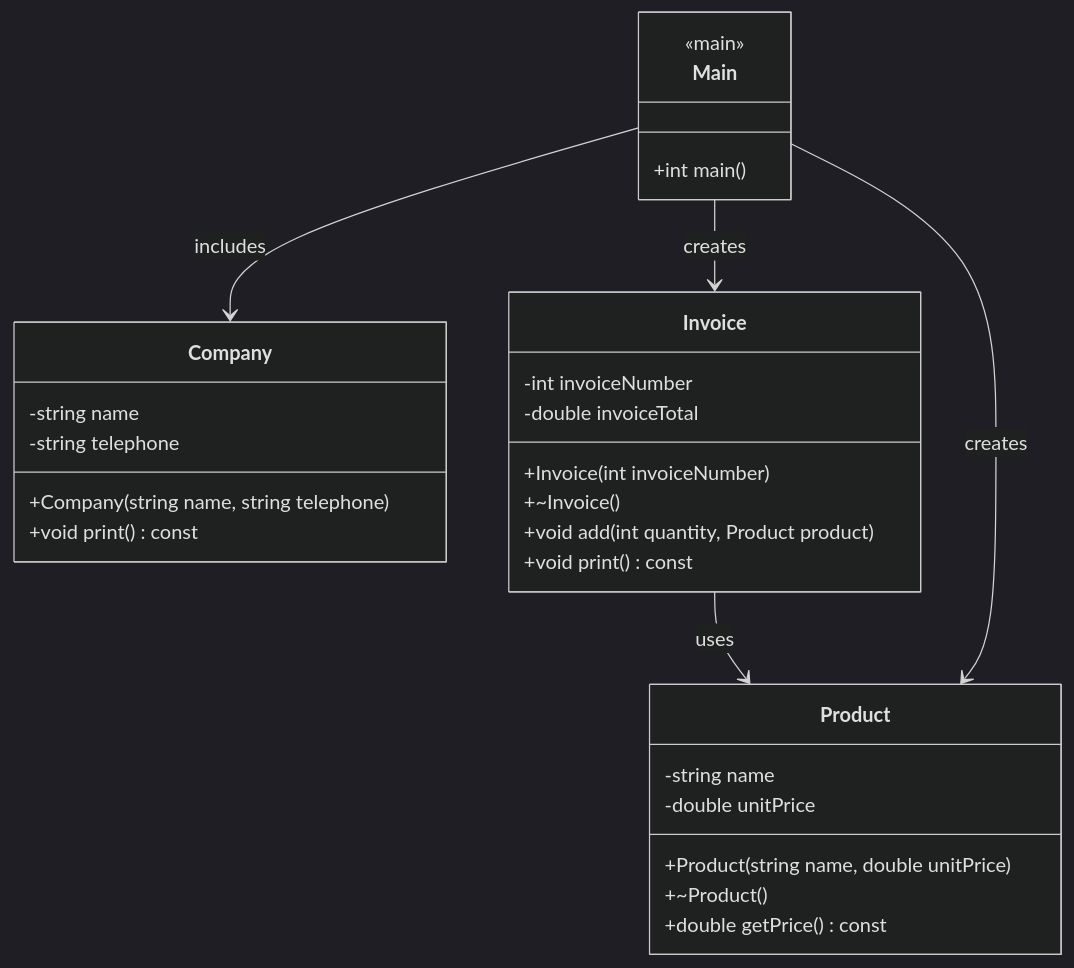
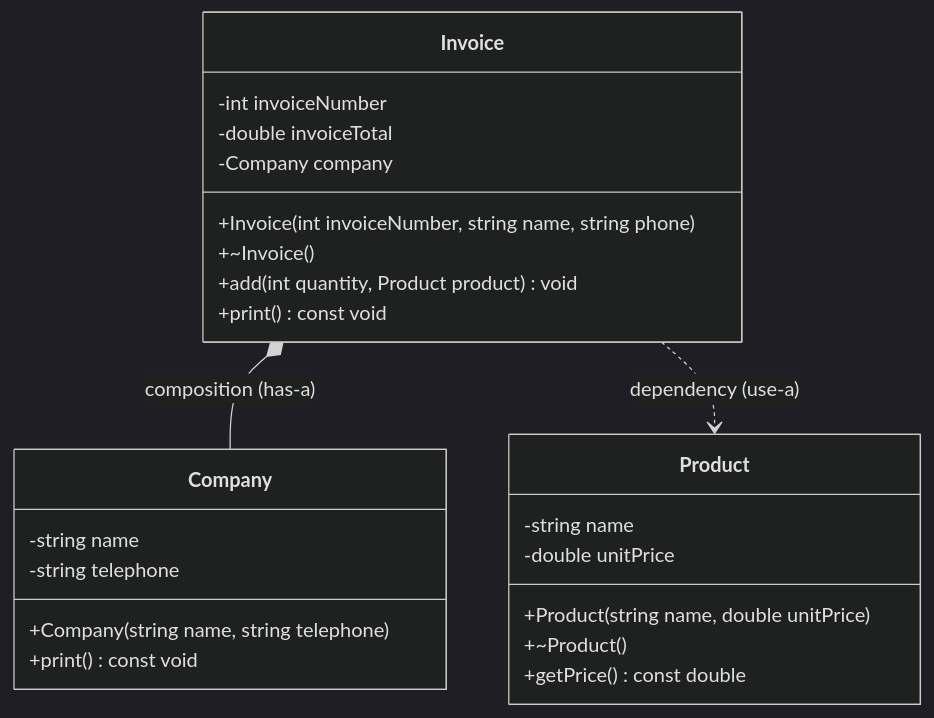
Before and after one commit to Moontaehyeon01/cpp02: the diagram in README.md, drawn with Mermaid (dark theme).

Commit message:
modified README.md v0.3

````diff
--- a/README.md
+++ b/README.md
@@ -1,73 +2,61 @@
 ```mermaid
-%%2025년도 2학기 c++ 프로그래밍 수업 원격 리포지토리
+
+%%2025년도 2학기 C++ 프로그래밍 수업 원격 리포지토리
 
 
 
 classDiagram
 
-   class Company {
+    class Company {
 
-       -string name
+        -string name
 
-       -string telephone
+        -string telephone
 
-       +Company(string name, string telephone)
+        +Company(string name, string telephone)
 
-       +void print() const
+        +print() const void
 
-   }
-
-   
-
-   class Product {
-
-       -string name
-
-       -double unitPrice
-
-       +Product(string name, double unitPrice)
-
-       +~Product()
-
-      +double getPrice() const
-
-   }
-
-  
-
-   class Invoice {
-
-       -int invoiceNumber
-
-       -double invoiceTotal
-
-       +Invoice(int invoiceNumber)
-
-       +~Invoice()
-
-       +void add(int quantity, Product product)
-
-       +void print() const
-
-   }
-
-  
-
-   class Main {
-
-       <<main>>
-
-      +int main()
-
-   }
+    }
 
  
 
-   Invoice --> Product : uses
+    class Product {
 
-   Main --> Product : creates
+        -string name
 
-   Main --> Invoice : creates
+        -double unitPrice
 
-   Main --> Company : includes
+        +Product(string name, double unitPrice)
+
+        +~Product()
+
+        +getPrice() const double
+
+    }
+
+ 
+
+    class Invoice {
+
+        -int invoiceNumber
+
+        -double invoiceTotal
+
+        -Company company
+
+        +Invoice(int invoiceNumber, string name, string phone)
+
+        +~Invoice()
+
+        +add(int quantity, Product product) void
+
+        +print() const void
+
+    }
+
+    Invoice *-- Company : composition (has-a)
+
+    Invoice ..> Product : dependency (use-a)
+
 ```
````
